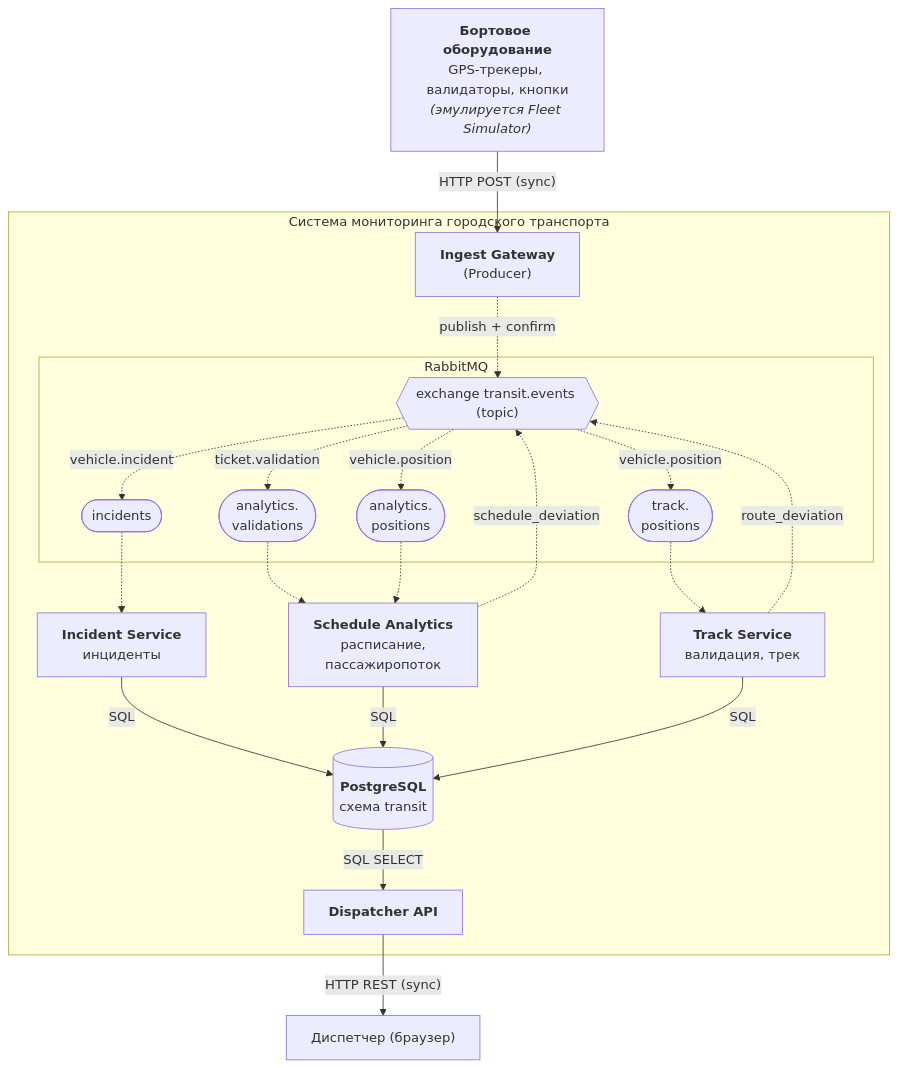
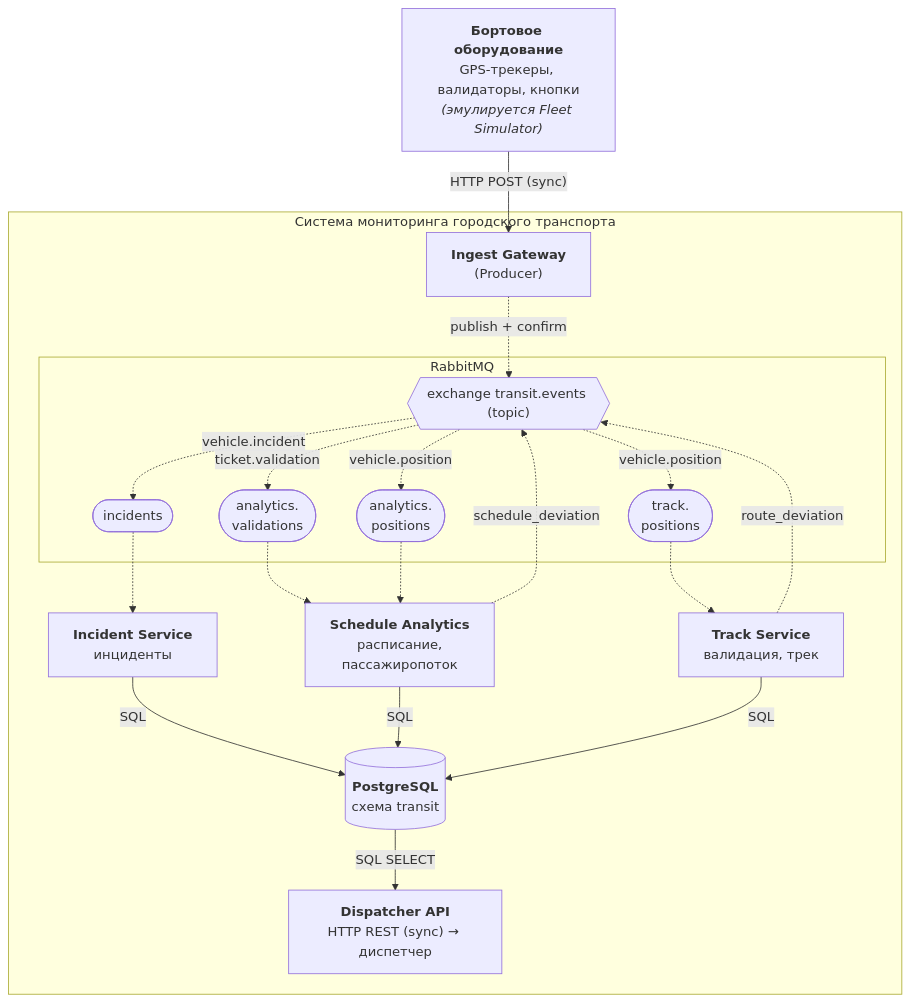
One commit to N1ghting4le/distributed-system changed the diagram in docs/diagrams/architecture.mmd. Above: the diagram before and after it, drawn with Mermaid. The commit also changed 3 other files, not shown here.

Commit message:
Диаграмма архитектуры: компактная раскладка без отдельного узла диспетчера

```diff
--- a/docs/diagrams/architecture.mmd
+++ b/docs/diagrams/architecture.mmd
@@ -1,37 +1,35 @@
 flowchart TB
     SIM["<b>Бортовое оборудование</b><br/>GPS-трекеры, валидаторы, кнопки<br/><i>(эмулируется Fleet Simulator)</i>"]
 
     subgraph SYS["Система мониторинга городского транспорта"]
         GW["<b>Ingest Gateway</b><br/>(Producer)"]
         subgraph MQ["RabbitMQ"]
             EX{{"exchange transit.events (topic)"}}
             Q4(["incidents"])
             Q3(["analytics.<br/>validations"])
             Q2(["analytics.<br/>positions"])
             Q1(["track.<br/>positions"])
         end
         IS["<b>Incident Service</b><br/>инциденты"]
         AS["<b>Schedule Analytics</b><br/>расписание,<br/>пассажиропоток"]
         TS["<b>Track Service</b><br/>валидация, трек"]
         DB[("<b>PostgreSQL</b><br/>схема transit")]
-        API["<b>Dispatcher API</b>"]
+        API["<b>Dispatcher API</b><br/>HTTP REST (sync) → диспетчер"]
     end
-    DISP["Диспетчер (браузер)"]
 
     SIM -- "HTTP POST (sync)" --> GW
     GW -. "publish + confirm" .-> EX
     EX -. "vehicle.incident" .-> Q4
     EX -. "ticket.validation" .-> Q3
     EX -. "vehicle.position" .-> Q2
     EX -. "vehicle.position" .-> Q1
     Q4 -.-> IS
     Q3 -.-> AS
     Q2 -.-> AS
     Q1 -.-> TS
     AS -. "schedule_deviation" .-> EX
     TS -. "route_deviation" .-> EX
     IS -- "SQL" --> DB
     AS -- "SQL" --> DB
     TS -- "SQL" --> DB
     DB -- "SQL SELECT" --> API
-    API -- "HTTP REST (sync)" --> DISP
```
